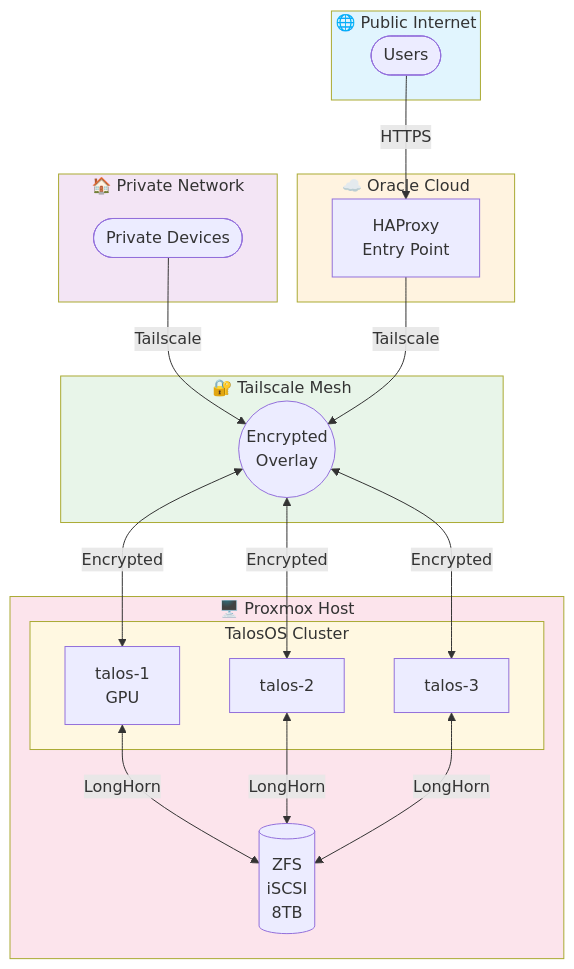
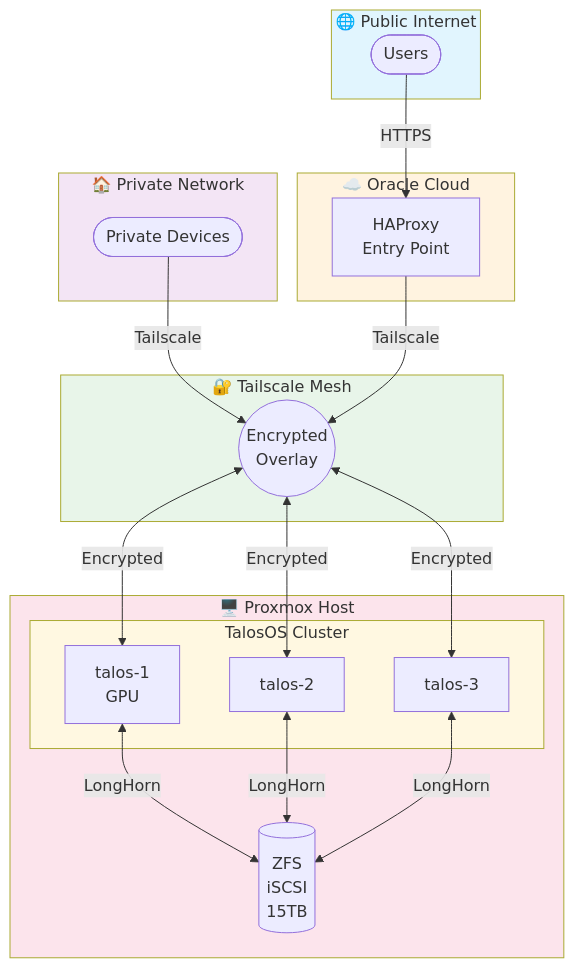
The diagram in README.md (ThePhaseless/Interstellar), drawn with Mermaid before and after one commit. The commit also changed other lines of this file and 4 other files, not shown here.

````diff
--- a/README.md
+++ b/README.md
@@ -7,40 +7,40 @@
 ```mermaid
 flowchart TB
     subgraph Internet["🌐 Public Internet"]
         Users(["Users"])
     end
 
     subgraph Private["🏠 Private Network"]
         Devices(["Private Devices"])
     end
 
     subgraph Oracle["☁️ Oracle Cloud"]
         HAProxy["HAProxy<br/>Entry Point"]
     end
 
     subgraph Tailscale["🔐 Tailscale Mesh"]
         TS(("Encrypted<br/>Overlay"))
     end
 
     subgraph Proxmox["🖥️ Proxmox Host"]
         subgraph Cluster["TalosOS Cluster"]
             T1["talos-1<br/>GPU"]
             T2["talos-2"]
             T3["talos-3"]
         end
-        iSCSI[("ZFS<br/>iSCSI<br/>8TB")]
+        iSCSI[("ZFS<br/>iSCSI<br/>15TB")]
     end
 
     Users -->|HTTPS| HAProxy
     Devices -->|Tailscale| TS
     HAProxy -->|Tailscale| TS
     TS <-->|Encrypted| T1 & T2 & T3
     T1 & T2 & T3 <-->|LongHorn| iSCSI
 
     style Internet fill:#e1f5fe
     style Private fill:#f3e5f5
     style Oracle fill:#fff3e0
     style Tailscale fill:#e8f5e9
     style Proxmox fill:#fce4ec
     style Cluster fill:#fff8e1
 ```
````
